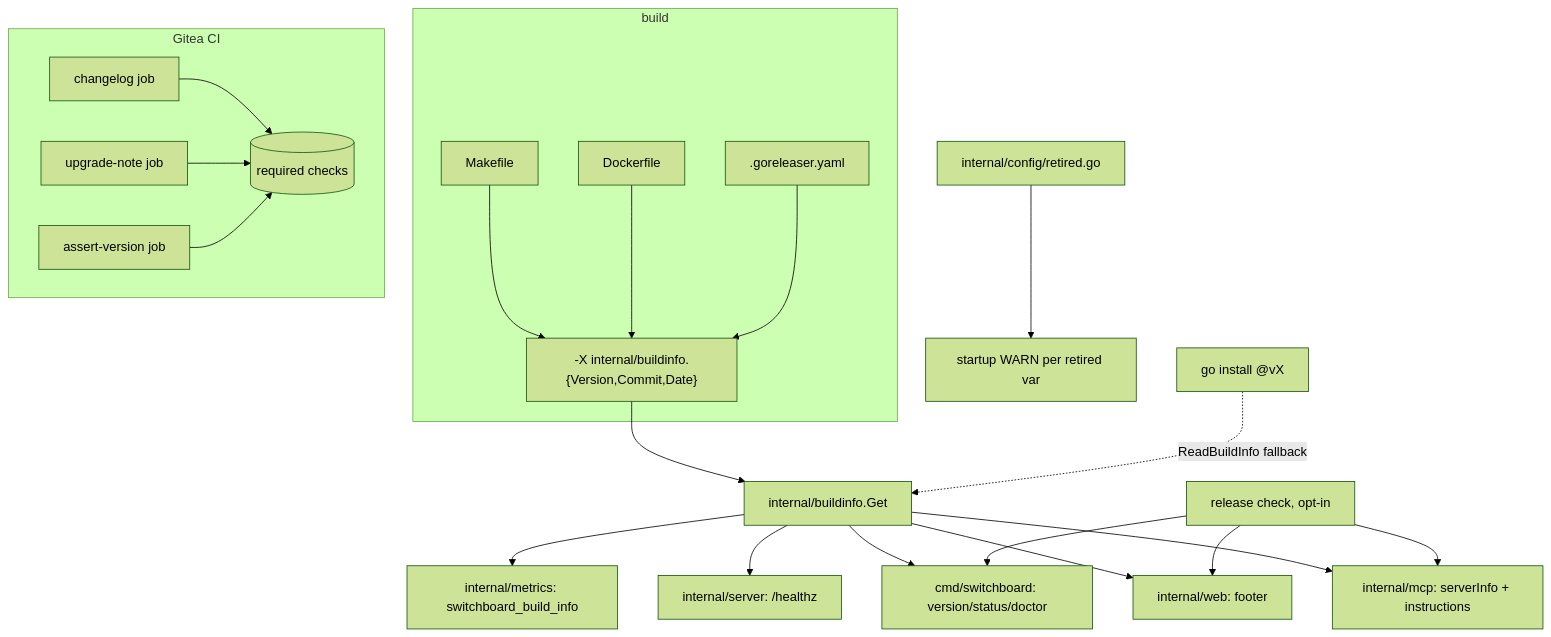
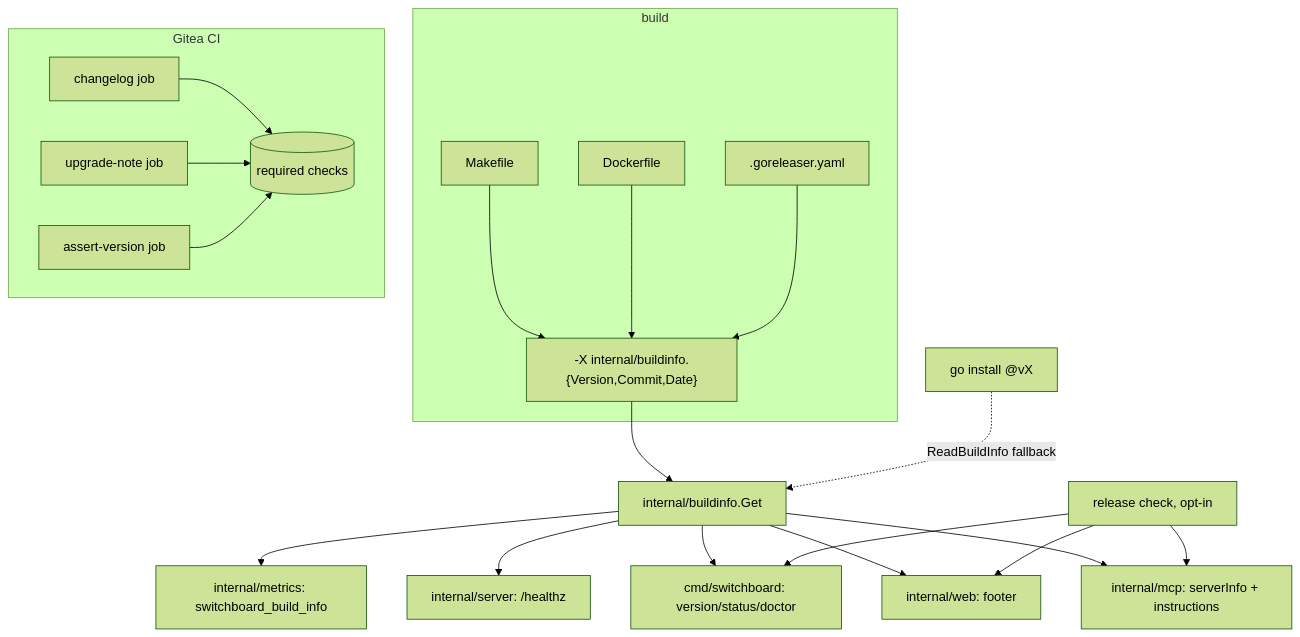
One commit to stump-wtf/switchboard changed the diagram in docs/openspec/specs/release-contract/design.md. Above: the diagram before and after it, drawn with Mermaid (forest theme). The commit also changed other lines of this file and 2 other files, not shown here.

First line of the commit message:
docs(adr,spec): remove superseded surfaces outright, no retired-var WARN

````diff
--- a/docs/openspec/specs/release-contract/design.md
+++ b/docs/openspec/specs/release-contract/design.md
@@ -151,22 +145,21 @@
 ```mermaid
 flowchart TD
   subgraph build
     mk[Makefile] --> ld["-X internal/buildinfo.{Version,Commit,Date}"]
     df[Dockerfile] --> ld
     gr[.goreleaser.yaml] --> ld
   end
   ld --> bi[internal/buildinfo.Get]
   gi[go install @vX] -. ReadBuildInfo fallback .-> bi
   bi --> mcp[internal/mcp: serverInfo + instructions]
   bi --> web[internal/web: footer]
   bi --> srv[internal/server: /healthz]
   bi --> met[internal/metrics: switchboard_build_info]
   bi --> cli[cmd/switchboard: version/status/doctor]
-  cfg[internal/config/retired.go] --> warn[startup WARN per retired var]
   rc[release check, opt-in] --> mcp & web & cli
   subgraph ci [Gitea CI]
     cc[changelog job] --> req[(required checks)]
     un[upgrade-note job] --> req
     av[assert-version job] --> req
   end
 ```
````
